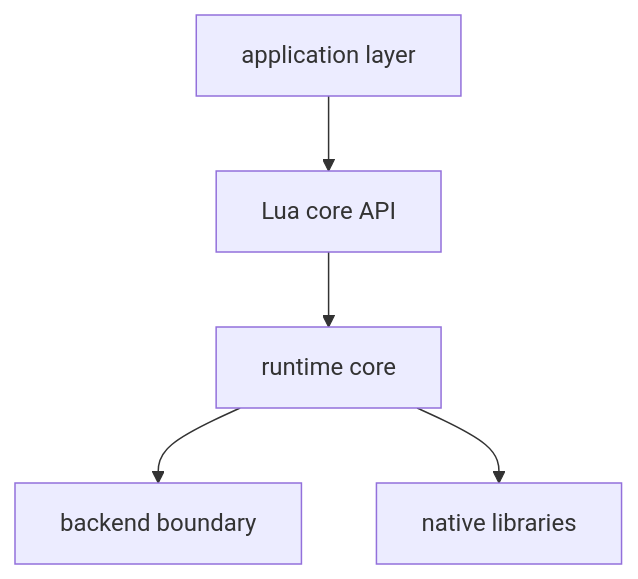
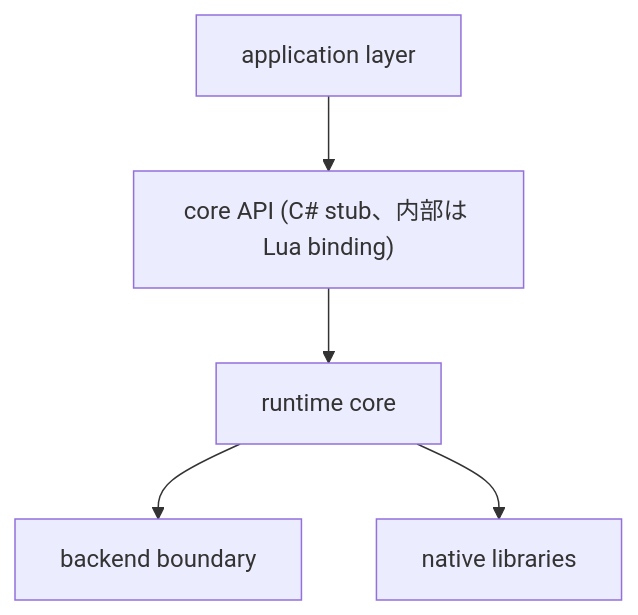
One commit to neguse/lub changed the diagram in docs/design.md. Above: the diagram before and after it, drawn with Mermaid. The commit also changed other lines of this file and 10 other files, not shown here.

````diff
--- a/docs/design.md
+++ b/docs/design.md
@@ -99,13 +96,13 @@
 ```mermaid
 flowchart TB
     app["application layer"]
-    lua["Lua core API"]
+    lua["core API (C# stub、内部は Lua binding)"]
     runtime["runtime core"]
     backend["backend boundary"]
     libs["native libraries"]
 
     app --> lua
     lua --> runtime
     runtime --> backend
     runtime --> libs
 ```
````
